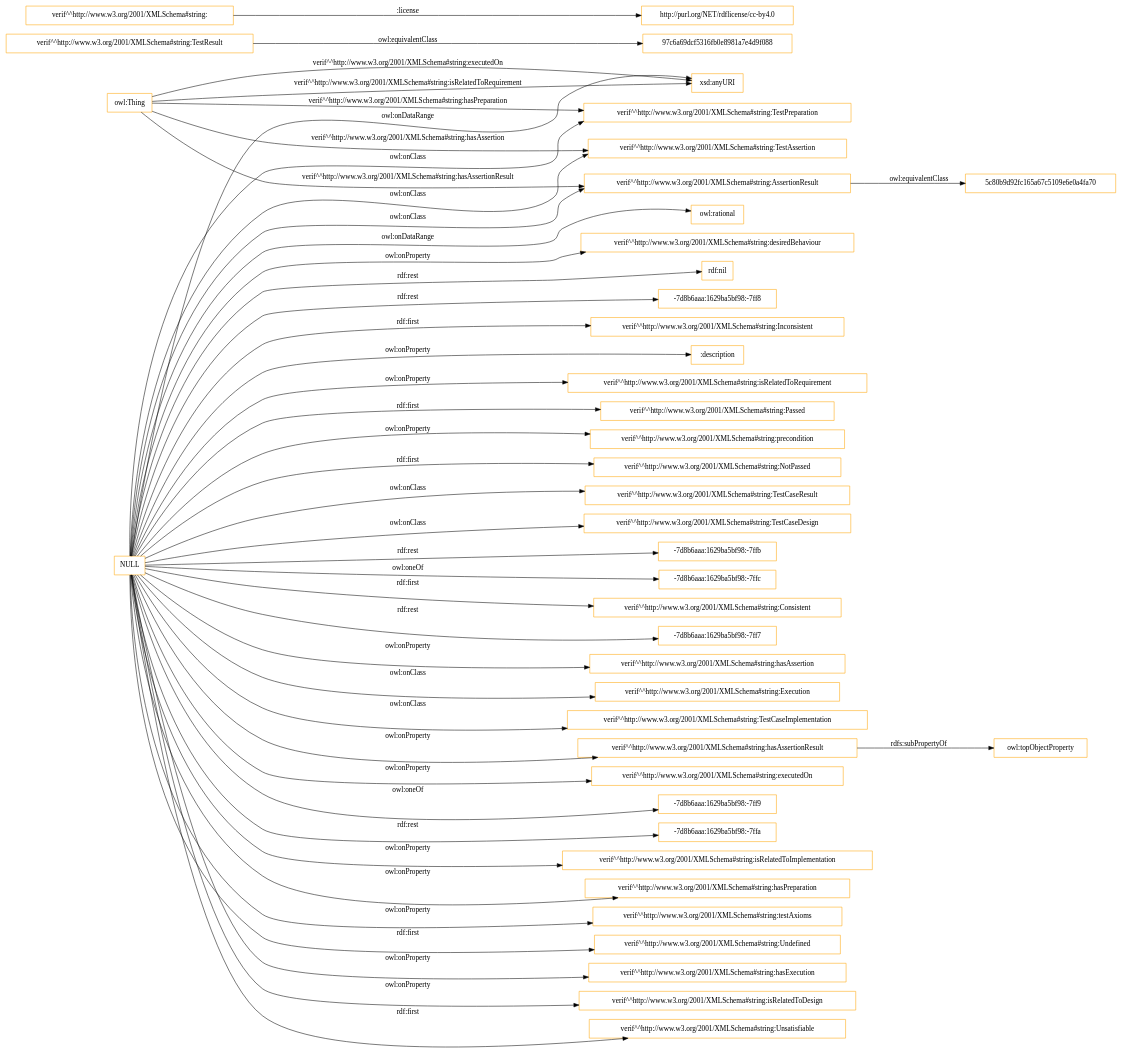
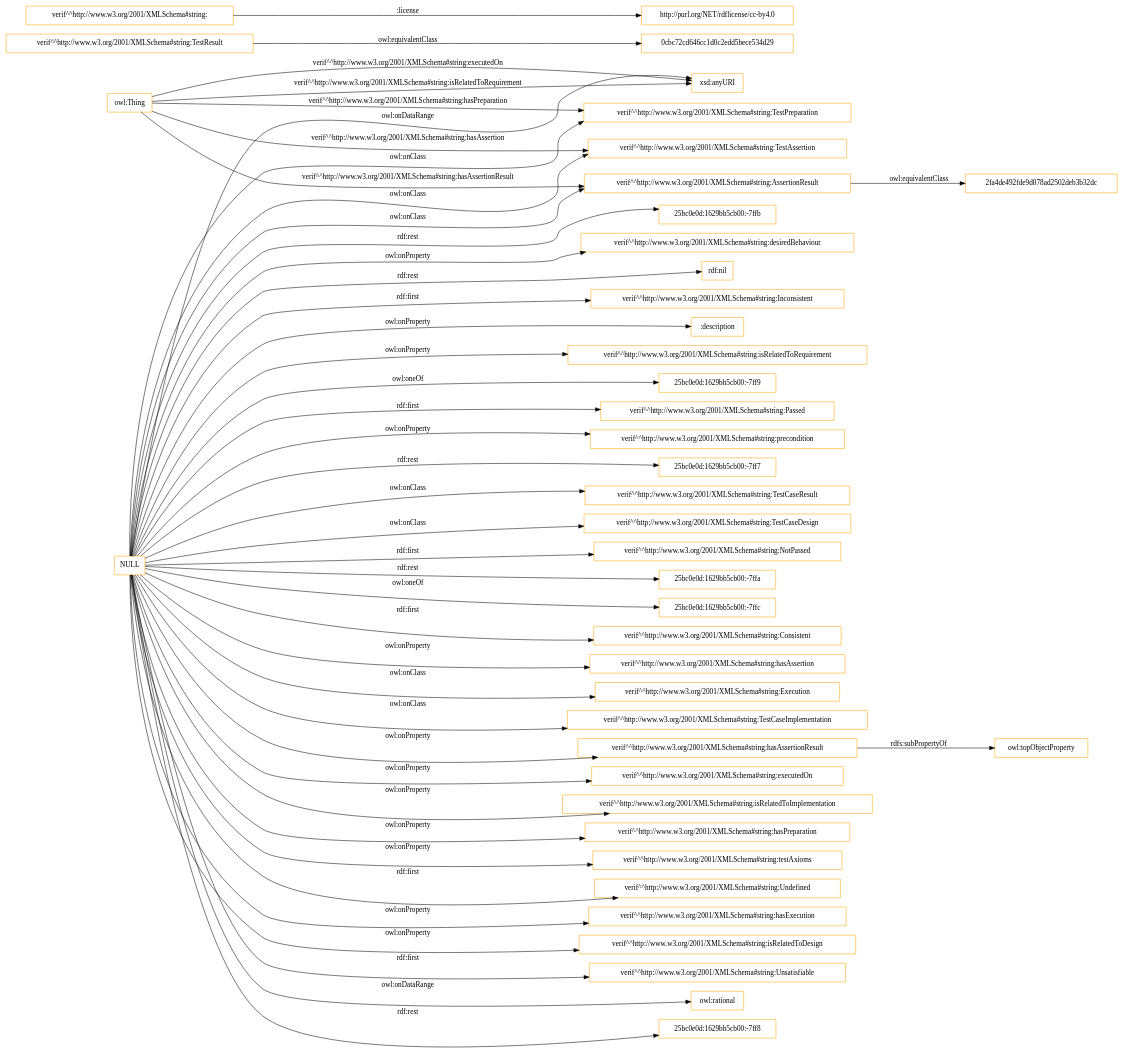
The diagram in OnToology/ontology/verification-test-description.ttl/diagrams/ar2dtool-class/verification-test-description.ttl.png.dot (albaizq/test-verification-ontology), drawn with Graphviz before and after one commit. The commit also changed 7 other files, not shown here.

```diff
--- a/OnToology/ontology/verification-test-description.ttl/diagrams/ar2dtool-class/verification-test-description.ttl.png.dot
+++ b/OnToology/ontology/verification-test-description.ttl/diagrams/ar2dtool-class/verification-test-description.ttl.png.dot
@@ -1,49 +1,49 @@
 digraph ar2dtool_diagram { 
 rankdir=LR;
 size="1501"
-node [shape = rectangle, color="orange"]; "verif^^http://www.w3.org/2001/XMLSchema#string:TestCaseResult" "verif^^http://www.w3.org/2001/XMLSchema#string:TestCaseDesign" "97c6a69dcf5316fb0e8981a7e4d9f088" "verif^^http://www.w3.org/2001/XMLSchema#string:TestAssertion" "verif^^http://www.w3.org/2001/XMLSchema#string:Execution" "verif^^http://www.w3.org/2001/XMLSchema#string:TestPreparation" "verif^^http://www.w3.org/2001/XMLSchema#string:TestCaseImplementation" "5c80b9d92fc165a67c5109e6e0a4fa70" "verif^^http://www.w3.org/2001/XMLSchema#string:TestResult" "verif^^http://www.w3.org/2001/XMLSchema#string:AssertionResult" ; /*classes style*/
-	"verif^^http://www.w3.org/2001/XMLSchema#string:TestResult" -> "97c6a69dcf5316fb0e8981a7e4d9f088" [ label = "owl:equivalentClass" ];
-	"verif^^http://www.w3.org/2001/XMLSchema#string:AssertionResult" -> "5c80b9d92fc165a67c5109e6e0a4fa70" [ label = "owl:equivalentClass" ];
+node [shape = rectangle, color="orange"]; "verif^^http://www.w3.org/2001/XMLSchema#string:TestCaseResult" "verif^^http://www.w3.org/2001/XMLSchema#string:TestCaseDesign" "verif^^http://www.w3.org/2001/XMLSchema#string:TestAssertion" "verif^^http://www.w3.org/2001/XMLSchema#string:Execution" "verif^^http://www.w3.org/2001/XMLSchema#string:TestPreparation" "verif^^http://www.w3.org/2001/XMLSchema#string:TestCaseImplementation" "verif^^http://www.w3.org/2001/XMLSchema#string:TestResult" "0cbc72cd646cc1d0c2edd5bece534d29" "verif^^http://www.w3.org/2001/XMLSchema#string:AssertionResult" "2fa4de492fde9d078ad2502deb3b32dc" ; /*classes style*/
+	"verif^^http://www.w3.org/2001/XMLSchema#string:TestResult" -> "0cbc72cd646cc1d0c2edd5bece534d29" [ label = "owl:equivalentClass" ];
+	"verif^^http://www.w3.org/2001/XMLSchema#string:AssertionResult" -> "2fa4de492fde9d078ad2502deb3b32dc" [ label = "owl:equivalentClass" ];
 	"NULL" -> "verif^^http://www.w3.org/2001/XMLSchema#string:hasAssertionResult" [ label = "owl:onProperty" ];
 	"NULL" -> "verif^^http://www.w3.org/2001/XMLSchema#string:TestAssertion" [ label = "owl:onClass" ];
 	"NULL" -> "verif^^http://www.w3.org/2001/XMLSchema#string:executedOn" [ label = "owl:onProperty" ];
-	"NULL" -> "-7d8b6aaa:1629ba5bf98:-7ff9" [ label = "owl:oneOf" ];
-	"NULL" -> "-7d8b6aaa:1629ba5bf98:-7ffa" [ label = "rdf:rest" ];
 	"NULL" -> "verif^^http://www.w3.org/2001/XMLSchema#string:isRelatedToImplementation" [ label = "owl:onProperty" ];
 	"NULL" -> "verif^^http://www.w3.org/2001/XMLSchema#string:hasPreparation" [ label = "owl:onProperty" ];
+	"NULL" -> "verif^^http://www.w3.org/2001/XMLSchema#string:TestPreparation" [ label = "owl:onClass" ];
 	"NULL" -> "verif^^http://www.w3.org/2001/XMLSchema#string:testAxioms" [ label = "owl:onProperty" ];
-	"NULL" -> "verif^^http://www.w3.org/2001/XMLSchema#string:TestPreparation" [ label = "owl:onClass" ];
 	"NULL" -> "verif^^http://www.w3.org/2001/XMLSchema#string:Undefined" [ label = "rdf:first" ];
 	"NULL" -> "verif^^http://www.w3.org/2001/XMLSchema#string:hasExecution" [ label = "owl:onProperty" ];
 	"NULL" -> "verif^^http://www.w3.org/2001/XMLSchema#string:Execution" [ label = "owl:onClass" ];
 	"NULL" -> "verif^^http://www.w3.org/2001/XMLSchema#string:isRelatedToDesign" [ label = "owl:onProperty" ];
 	"NULL" -> "verif^^http://www.w3.org/2001/XMLSchema#string:TestCaseImplementation" [ label = "owl:onClass" ];
 	"NULL" -> "verif^^http://www.w3.org/2001/XMLSchema#string:Unsatisfiable" [ label = "rdf:first" ];
 	"NULL" -> "owl:rational" [ label = "owl:onDataRange" ];
+	"NULL" -> "25bc0e0d:1629bb5cb00:-7ff8" [ label = "rdf:rest" ];
+	"NULL" -> "25bc0e0d:1629bb5cb00:-7ffb" [ label = "rdf:rest" ];
 	"NULL" -> "verif^^http://www.w3.org/2001/XMLSchema#string:desiredBehaviour" [ label = "owl:onProperty" ];
 	"NULL" -> "rdf:nil" [ label = "rdf:rest" ];
-	"NULL" -> "-7d8b6aaa:1629ba5bf98:-7ff8" [ label = "rdf:rest" ];
 	"NULL" -> "verif^^http://www.w3.org/2001/XMLSchema#string:Inconsistent" [ label = "rdf:first" ];
 	"NULL" -> ":description" [ label = "owl:onProperty" ];
 	"NULL" -> "verif^^http://www.w3.org/2001/XMLSchema#string:isRelatedToRequirement" [ label = "owl:onProperty" ];
+	"NULL" -> "25bc0e0d:1629bb5cb00:-7ff9" [ label = "owl:oneOf" ];
 	"NULL" -> "verif^^http://www.w3.org/2001/XMLSchema#string:Passed" [ label = "rdf:first" ];
 	"NULL" -> "verif^^http://www.w3.org/2001/XMLSchema#string:AssertionResult" [ label = "owl:onClass" ];
 	"NULL" -> "verif^^http://www.w3.org/2001/XMLSchema#string:precondition" [ label = "owl:onProperty" ];
+	"NULL" -> "25bc0e0d:1629bb5cb00:-7ff7" [ label = "rdf:rest" ];
 	"NULL" -> "verif^^http://www.w3.org/2001/XMLSchema#string:NotPassed" [ label = "rdf:first" ];
-	"NULL" -> "-7d8b6aaa:1629ba5bf98:-7ffb" [ label = "rdf:rest" ];
-	"NULL" -> "-7d8b6aaa:1629ba5bf98:-7ffc" [ label = "owl:oneOf" ];
+	"NULL" -> "25bc0e0d:1629bb5cb00:-7ffa" [ label = "rdf:rest" ];
 	"NULL" -> "xsd:anyURI" [ label = "owl:onDataRange" ];
+	"NULL" -> "25bc0e0d:1629bb5cb00:-7ffc" [ label = "owl:oneOf" ];
 	"NULL" -> "verif^^http://www.w3.org/2001/XMLSchema#string:Consistent" [ label = "rdf:first" ];
-	"NULL" -> "-7d8b6aaa:1629ba5bf98:-7ff7" [ label = "rdf:rest" ];
 	"NULL" -> "verif^^http://www.w3.org/2001/XMLSchema#string:TestCaseDesign" [ label = "owl:onClass" ];
+	"NULL" -> "verif^^http://www.w3.org/2001/XMLSchema#string:hasAssertion" [ label = "owl:onProperty" ];
 	"NULL" -> "verif^^http://www.w3.org/2001/XMLSchema#string:TestCaseResult" [ label = "owl:onClass" ];
-	"NULL" -> "verif^^http://www.w3.org/2001/XMLSchema#string:hasAssertion" [ label = "owl:onProperty" ];
 	"verif^^http://www.w3.org/2001/XMLSchema#string:hasAssertionResult" -> "owl:topObjectProperty" [ label = "rdfs:subPropertyOf" ];
 	"verif^^http://www.w3.org/2001/XMLSchema#string:" -> "http://purl.org/NET/rdflicense/cc-by4.0" [ label = ":license" ];
 	"owl:Thing" -> "verif^^http://www.w3.org/2001/XMLSchema#string:TestAssertion" [ label = "verif^^http://www.w3.org/2001/XMLSchema#string:hasAssertion" ];
 	"owl:Thing" -> "verif^^http://www.w3.org/2001/XMLSchema#string:AssertionResult" [ label = "verif^^http://www.w3.org/2001/XMLSchema#string:hasAssertionResult" ];
 	"owl:Thing" -> "xsd:anyURI" [ label = "verif^^http://www.w3.org/2001/XMLSchema#string:executedOn" ];
 	"owl:Thing" -> "xsd:anyURI" [ label = "verif^^http://www.w3.org/2001/XMLSchema#string:isRelatedToRequirement" ];
 	"owl:Thing" -> "verif^^http://www.w3.org/2001/XMLSchema#string:TestPreparation" [ label = "verif^^http://www.w3.org/2001/XMLSchema#string:hasPreparation" ];
 
 }
```
